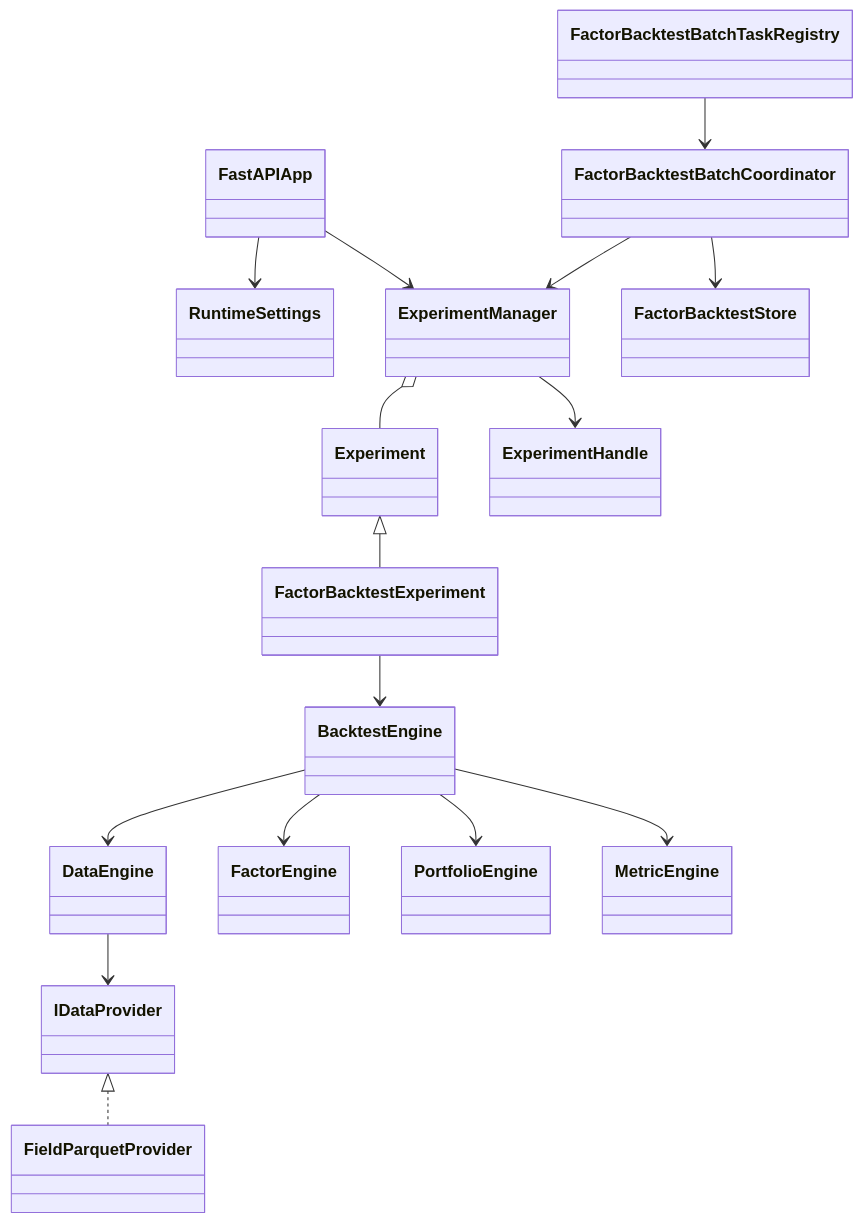
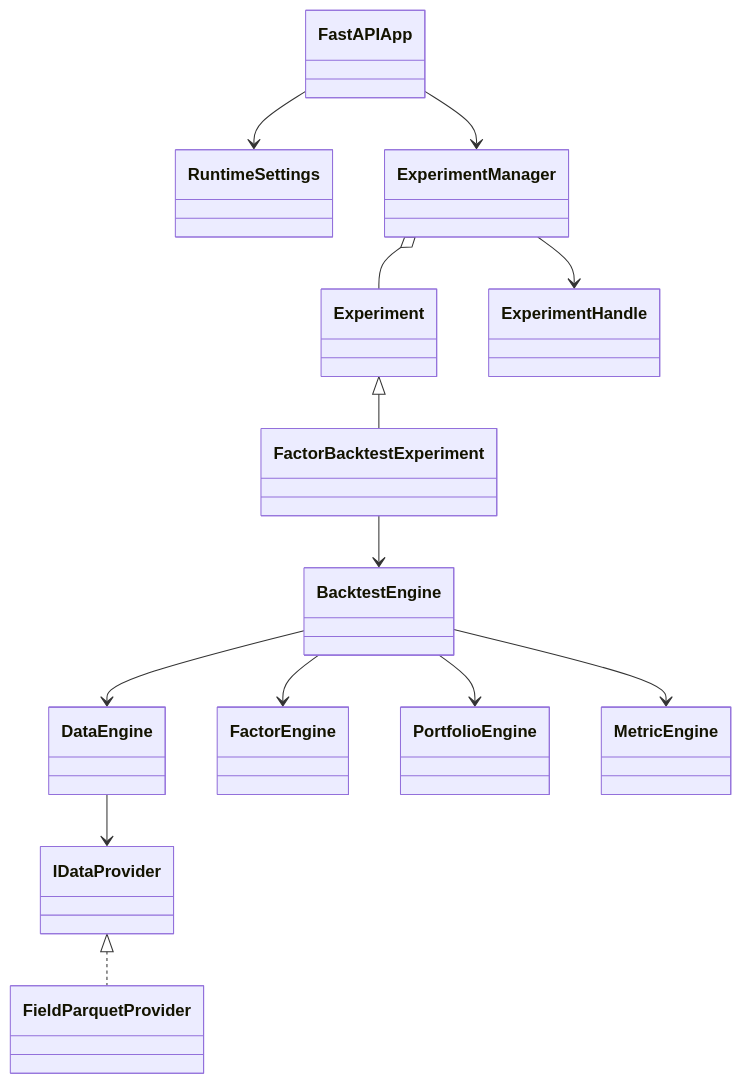
One commit to dushilieerem/221 changed the diagram in docs/模块设计/研究引擎/类设计.md. Above: the diagram before and after it, drawn with Mermaid. The commit also changed other lines of this file and 81 other files, not shown here.

````diff
--- a/docs/模块设计/研究引擎/类设计.md
+++ b/docs/模块设计/研究引擎/类设计.md
@@ -5,35 +7,29 @@
 ```mermaid
 classDiagram
     class FastAPIApp
     class RuntimeSettings
     class ExperimentManager
     class Experiment
     class ExperimentHandle
     class FactorBacktestExperiment
     class BacktestEngine
     class DataEngine
     class FactorEngine
     class PortfolioEngine
     class MetricEngine
     class IDataProvider
     class FieldParquetProvider
-    class FactorBacktestBatchTaskRegistry
-    class FactorBacktestBatchCoordinator
-    class FactorBacktestStore
 
     FastAPIApp --> RuntimeSettings
     FastAPIApp --> ExperimentManager
     ExperimentManager o-- Experiment
     ExperimentManager --> ExperimentHandle
     Experiment <|-- FactorBacktestExperiment
     FactorBacktestExperiment --> BacktestEngine
     BacktestEngine --> DataEngine
     BacktestEngine --> FactorEngine
     BacktestEngine --> PortfolioEngine
     BacktestEngine --> MetricEngine
     DataEngine --> IDataProvider
     IDataProvider <|.. FieldParquetProvider
-    FactorBacktestBatchTaskRegistry --> FactorBacktestBatchCoordinator
-    FactorBacktestBatchCoordinator --> FactorBacktestStore
-    FactorBacktestBatchCoordinator --> ExperimentManager
 ```
````
